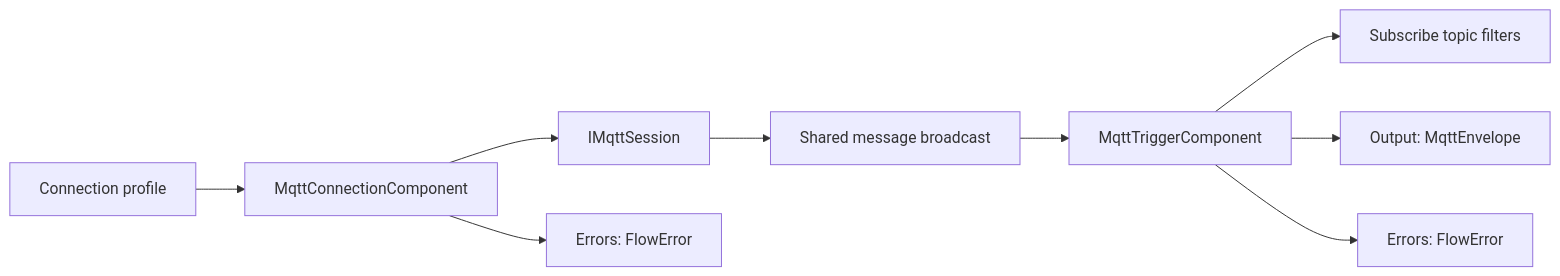
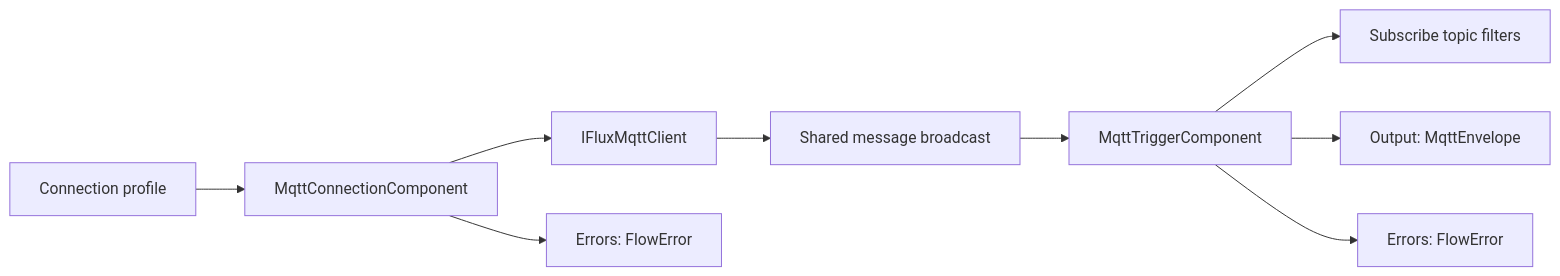
The fourth of 19 diagrams in docs/flow-components.md (araxis/FluxMq), drawn with Mermaid before and after one commit. The commit also changed other lines of this file and 56 other files, not shown here.

Commit message:
Align live MQTT client terminology

````diff
--- a/docs/flow-components.md
+++ b/docs/flow-components.md
@@ -105,11 +105,11 @@
 ```mermaid
 flowchart LR
     Profile["Connection profile"] --> Connection["MqttConnectionComponent"]
-    Connection --> Session["IMqttSession"]
-    Session --> Broadcast["Shared message broadcast"]
+    Connection --> Client["IFluxMqttClient"]
+    Client --> Broadcast["Shared message broadcast"]
     Trigger["MqttTriggerComponent"] --> Subscribe["Subscribe topic filters"]
     Broadcast --> Trigger
     Trigger --> Out["Output: MqttEnvelope"]
     Connection --> ConnectionErrors["Errors: FlowError"]
     Trigger --> TriggerErrors["Errors: FlowError"]
 ```
````
